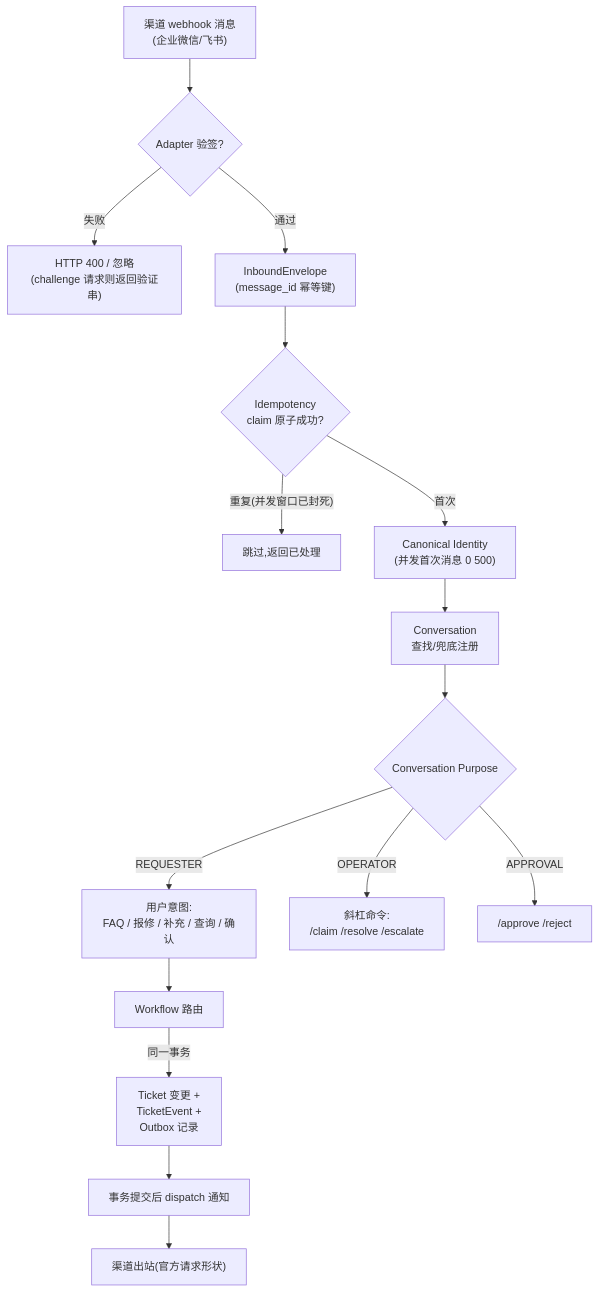
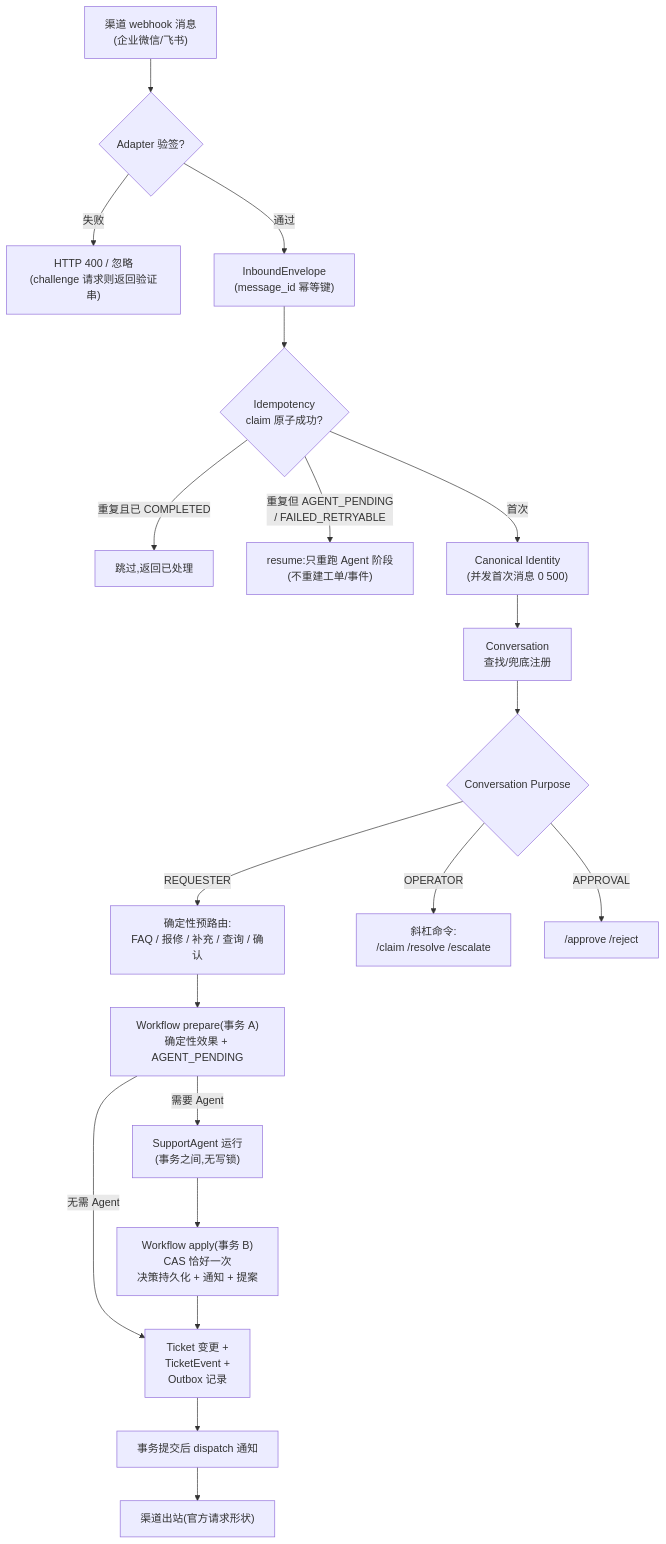
Before and after one commit to standbyme626/Support-Agent-Lite: the second of 4 diagrams in README.md, drawn with Mermaid. The commit also changed other lines of this file and 44 other files, not shown here.

First line of the commit message:
feat: V2.1 agent core - bounded reasoning, two-phase processing, crash-safe resume

````diff
--- a/README.md
+++ b/README.md
@@ -136,18 +227,22 @@
 ```mermaid
 flowchart TD
     M["渠道 webhook 消息<br/>(企业微信/飞书)"] --> V{"Adapter 验签?"}
     V --"失败"--> REJ["HTTP 400 / 忽略<br/>(challenge 请求则返回验证串)"]
     V --"通过"--> E["InboundEnvelope<br/>(message_id 幂等键)"]
     E --> I{"Idempotency<br/>claim 原子成功?"}
-    I --"重复(并发窗口已封死)"--> DUP["跳过,返回已处理"]
+    I --"重复且已 COMPLETED"--> DUP["跳过,返回已处理"]
+    I --"重复但 AGENT_PENDING<br/>/ FAILED_RETRYABLE"--> RES["resume:只重跑 Agent 阶段<br/>(不重建工单/事件)"]
     I --"首次"--> ID["Canonical Identity<br/>(并发首次消息 0 500)"]
     ID --> CONV["Conversation<br/>查找/兜底注册"]
     CONV --> PUR{"Conversation Purpose"}
-    PUR -->|REQUESTER| RQ["用户意图:<br/>FAQ / 报修 / 补充 / 查询 / 确认"]
+    PUR -->|REQUESTER| RQ["确定性预路由:<br/>FAQ / 报修 / 补充 / 查询 / 确认"]
     PUR -->|OPERATOR| OP["斜杠命令:<br/>/claim /resolve /escalate"]
     PUR -->|APPROVAL| AP["/approve /reject"]
-    RQ --> WF["Workflow 路由"]
-    WF -->|同一事务| BIZ["Ticket 变更 +<br/>TicketEvent +<br/>Outbox 记录"]
+    RQ --> WF["Workflow prepare(事务 A)<br/>确定性效果 + AGENT_PENDING"]
+    WF -->|需要 Agent| AG["SupportAgent 运行<br/>(事务之间,无写锁)"]
+    WF -->|无需 Agent| BIZ
+    AG --> APPLY["Workflow apply(事务 B)<br/>CAS 恰好一次<br/>决策持久化 + 通知 + 提案"]
+    APPLY --> BIZ["Ticket 变更 +<br/>TicketEvent +<br/>Outbox 记录"]
     BIZ --> CM["事务提交后 dispatch 通知"]
     CM --> OUT["渠道出站(官方请求形状)"]
 ```
````
